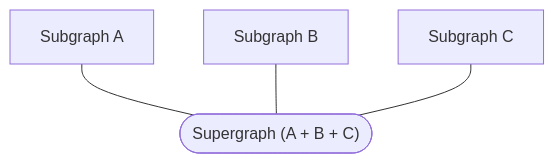
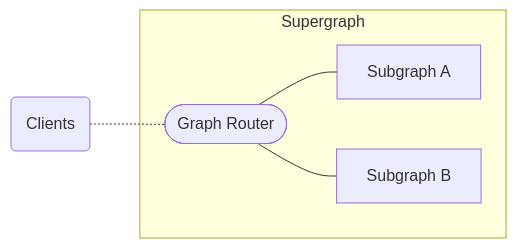
The diagram in docs/source/commands/dev.mdx (apollographql/rover), drawn with Mermaid before and after one commit. The commit also changed other lines of this file, not shown here.

````diff
--- a/docs/source/commands/dev.mdx
+++ b/docs/source/commands/dev.mdx
@@ -10,8 +10,12 @@
 ```mermaid
-graph BT;
-  gateway(["Supergraph (A + B + C)"]);
+graph LR;
+  clients(Clients);
+  subgraph "Supergraph";
+  router(["Graph Router"]);
   serviceA[Subgraph A];
   serviceB[Subgraph B];
-  serviceC[Subgraph C];
-  gateway --- serviceA & serviceB & serviceC;
+  router --- serviceA & serviceB;
+  end;
+  clients -.- router;
+  class clients secondary;
 ```
````
